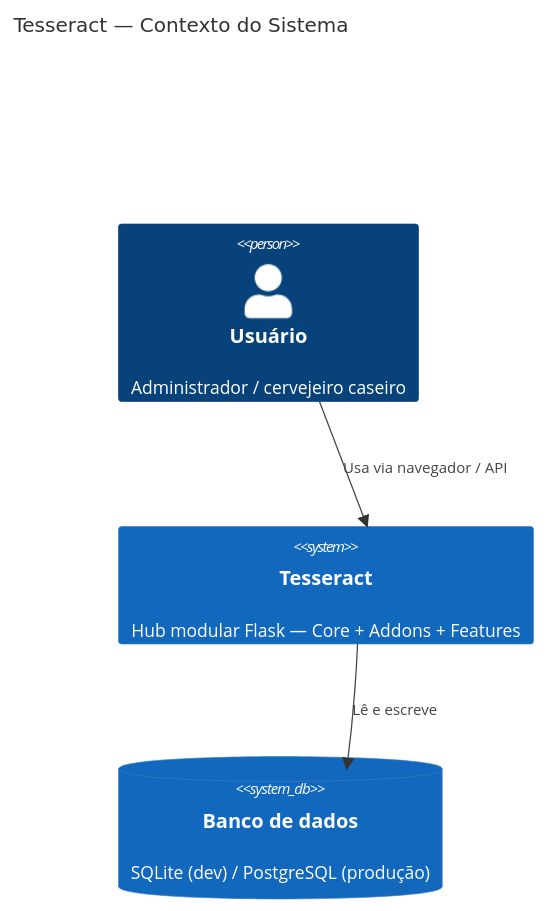
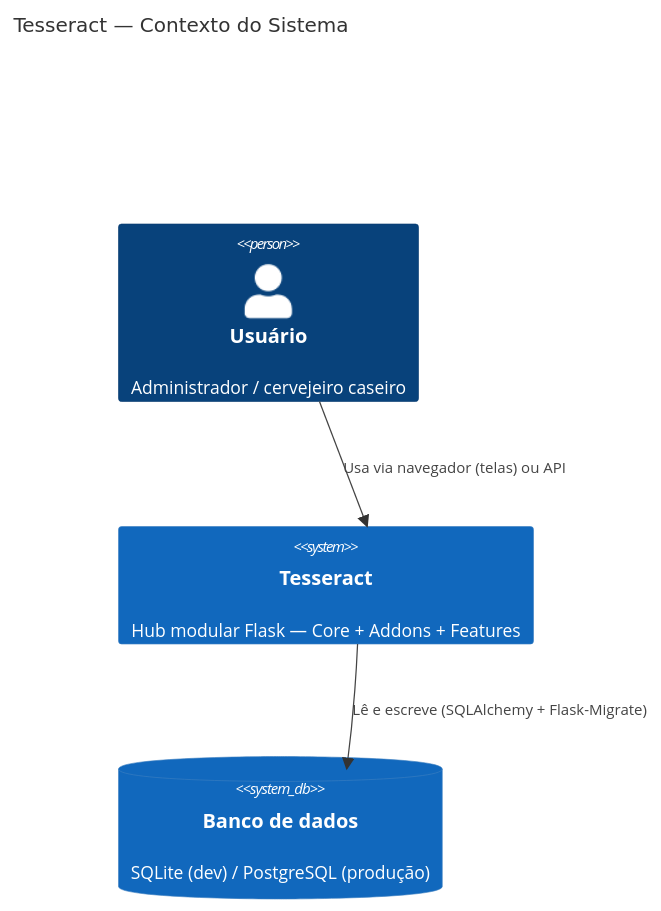
The first of 3 diagrams in docs/technical/02-diagrama-c4.md (ChristopherNicolasSMM/Tesseract), drawn with Mermaid before and after one commit. The commit also changed other lines of this file and 23 other files, not shown here.

````diff
--- a/docs/technical/02-diagrama-c4.md
+++ b/docs/technical/02-diagrama-c4.md
@@ -5,11 +5,11 @@
 ```mermaid
 C4Context
     title Tesseract — Contexto do Sistema
 
     Person(user, "Usuário", "Administrador / cervejeiro caseiro")
     System(tesseract, "Tesseract", "Hub modular Flask — Core + Addons + Features")
     SystemDb(db, "Banco de dados", "SQLite (dev) / PostgreSQL (produção)")
 
-    Rel(user, tesseract, "Usa via navegador / API")
-    Rel(tesseract, db, "Lê e escreve")
+    Rel(user, tesseract, "Usa via navegador (telas) ou API")
+    Rel(tesseract, db, "Lê e escreve (SQLAlchemy + Flask-Migrate)")
 ```
````
